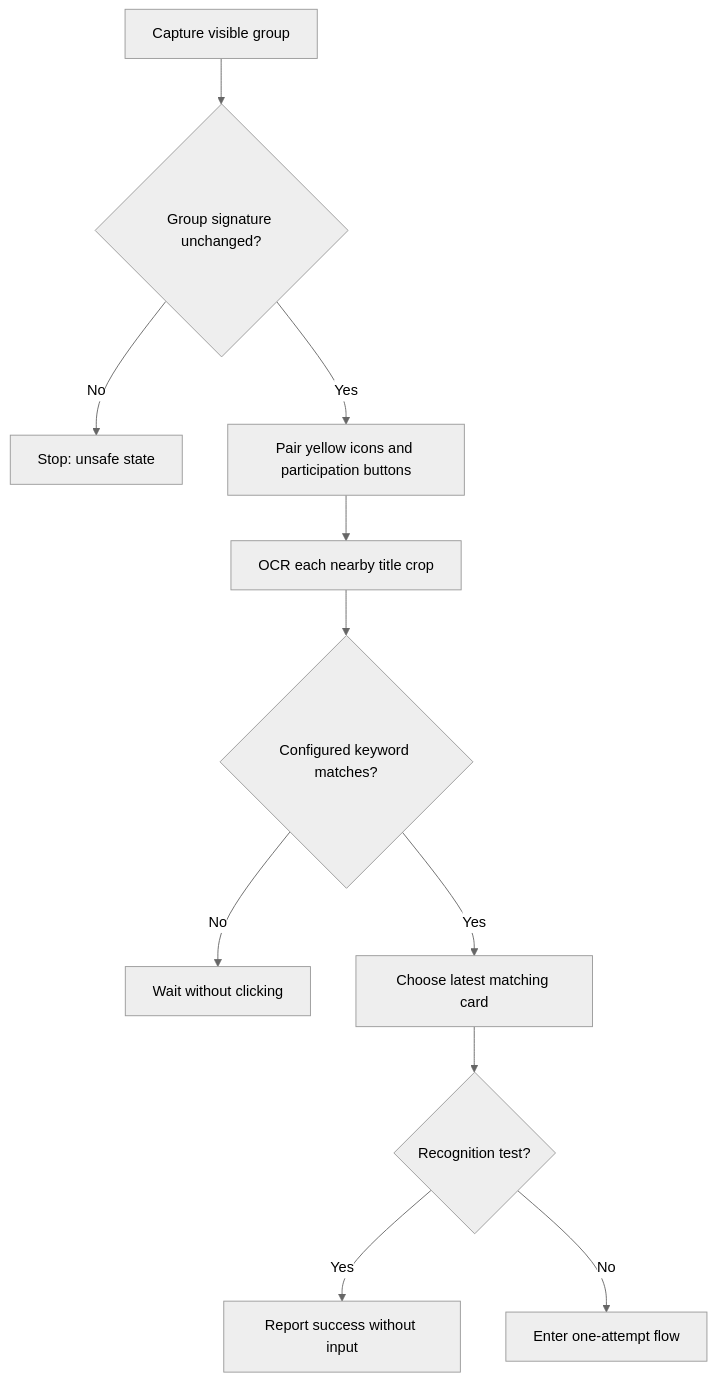
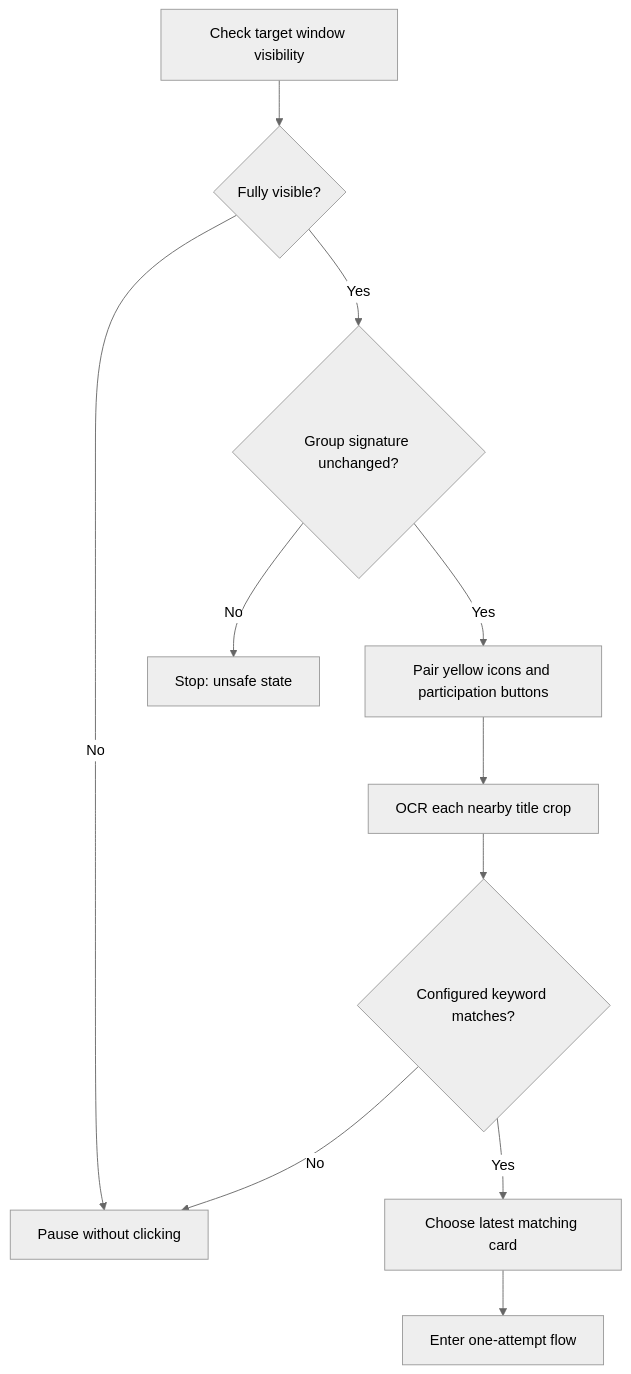
One commit to c64136071-crypto/wecom-join-helper changed the second of 3 diagrams in docs/architecture.md. Above: the diagram before and after it, drawn with Mermaid (neutral theme). The commit also changed 17 other files, not shown here.

````diff
--- a/docs/architecture.md
+++ b/docs/architecture.md
@@ -33,13 +33,13 @@
 ```mermaid
 flowchart TD
-    S["Capture visible group"] --> G{"Group signature unchanged?"}
+    S["Check target window visibility"] --> V{"Fully visible?"}
+    V -- No --> WAIT["Pause without clicking"]
+    V -- Yes --> G{"Group signature unchanged?"}
     G -- No --> STOP["Stop: unsafe state"]
     G -- Yes --> P["Pair yellow icons and participation buttons"]
     P --> T["OCR each nearby title crop"]
     T --> K{"Configured keyword matches?"}
-    K -- No --> WAIT["Wait without clicking"]
+    K -- No --> WAIT
     K -- Yes --> L["Choose latest matching card"]
-    L --> TEST{"Recognition test?"}
-    TEST -- Yes --> DONE["Report success without input"]
-    TEST -- No --> ATTEMPT["Enter one-attempt flow"]
+    L --> ATTEMPT["Enter one-attempt flow"]
 ```
````
